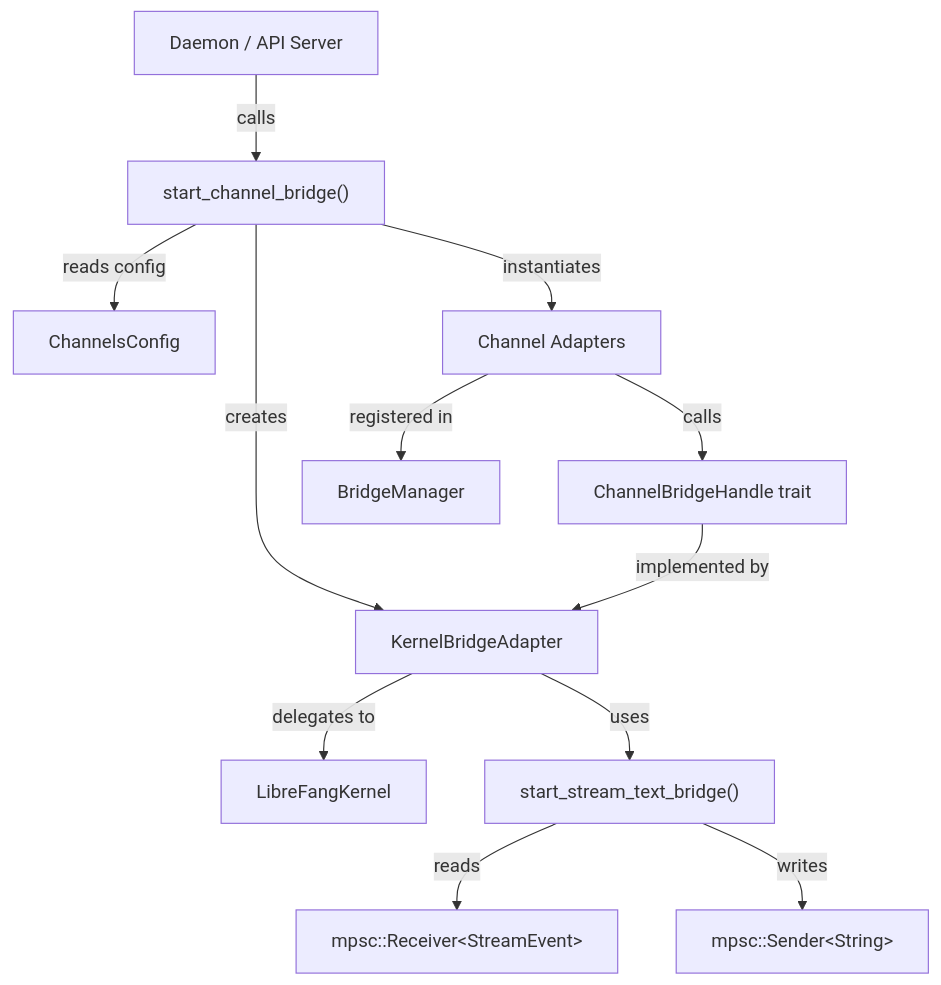
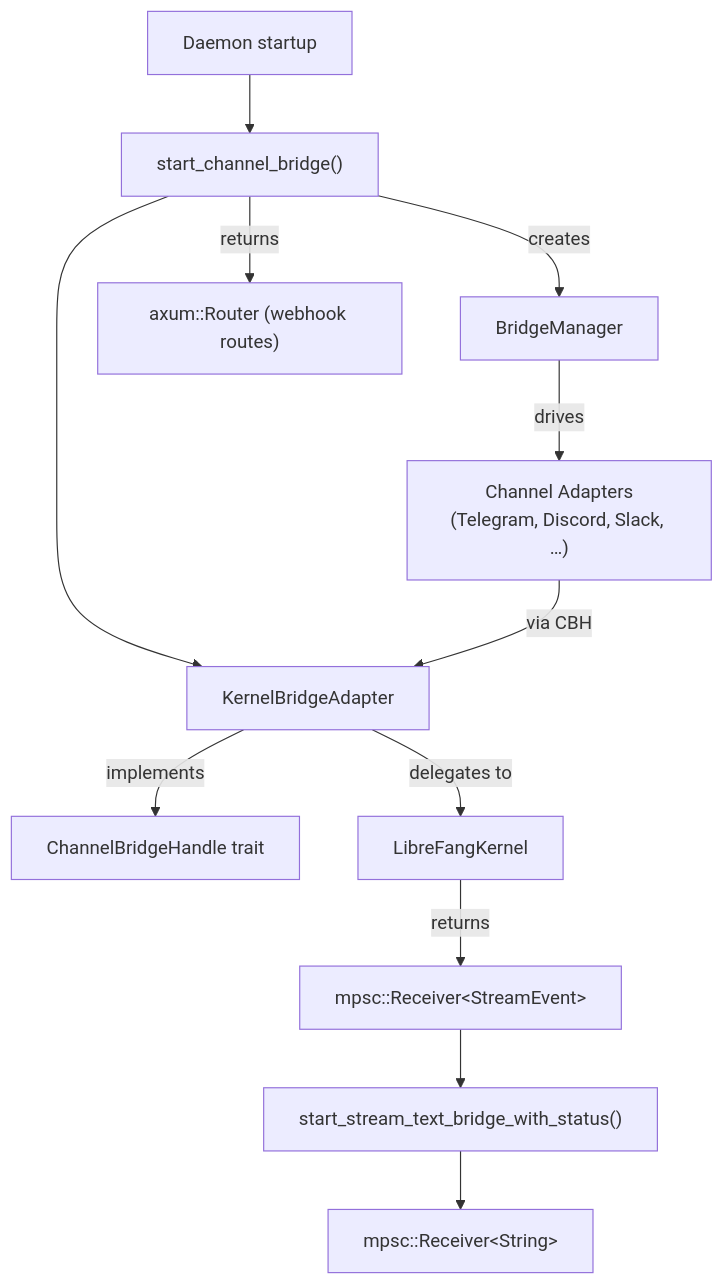
One commit to leszek3737/librefang-WIki changed the diagram in api-server.md. Above: the diagram before and after it, drawn with Mermaid. The commit also changed other lines of this file and 94 other files, not shown here.

````diff
--- a/api-server.md
+++ b/api-server.md
@@ -9,14 +9,14 @@
 ```mermaid
 graph TD
-    Daemon["Daemon / API Server"] -->|calls| SCB["start_channel_bridge()"]
-    SCB -->|reads config| CFG["ChannelsConfig"]
-    SCB -->|creates| KBA["KernelBridgeAdapter"]
-    SCB -->|instantiates| ADAPTERS["Channel Adapters"]
-    ADAPTERS -->|registered in| BM["BridgeManager"]
-    KBA -->|delegates to| KERNEL["LibreFangKernel"]
-    ADAPTERS -->|calls| CBH["ChannelBridgeHandle trait"]
-    CBH -->|implemented by| KBA
-    KBA -->|uses| STB["start_stream_text_bridge()"]
-    STB -->|reads| SE["mpsc::Receiver&lt;StreamEvent&gt;"]
-    STB -->|writes| TX["mpsc::Sender&lt;String&gt;"]
+    Daemon["Daemon startup"] --> SCB["start_channel_bridge()"]
+    SCB --> KBA["KernelBridgeAdapter"]
+    KBA -->|implements| CBH["ChannelBridgeHandle trait"]
+    SCB -->|creates| BM["BridgeManager"]
+    SCB -->|returns| WR["axum::Router (webhook routes)"]
+    BM -->|drives| Adapters["Channel Adapters<br/>(Telegram, Discord, Slack, …)"]
+    Adapters -->|via CBH| KBA
+    KBA -->|delegates to| Kernel["LibreFangKernel"]
+    Kernel -->|returns| Events["mpsc::Receiver&lt;StreamEvent&gt;"]
+    Events --> STB["start_stream_text_bridge_with_status()"]
+    STB --> TextRx["mpsc::Receiver&lt;String&gt;"]
 ```
````
